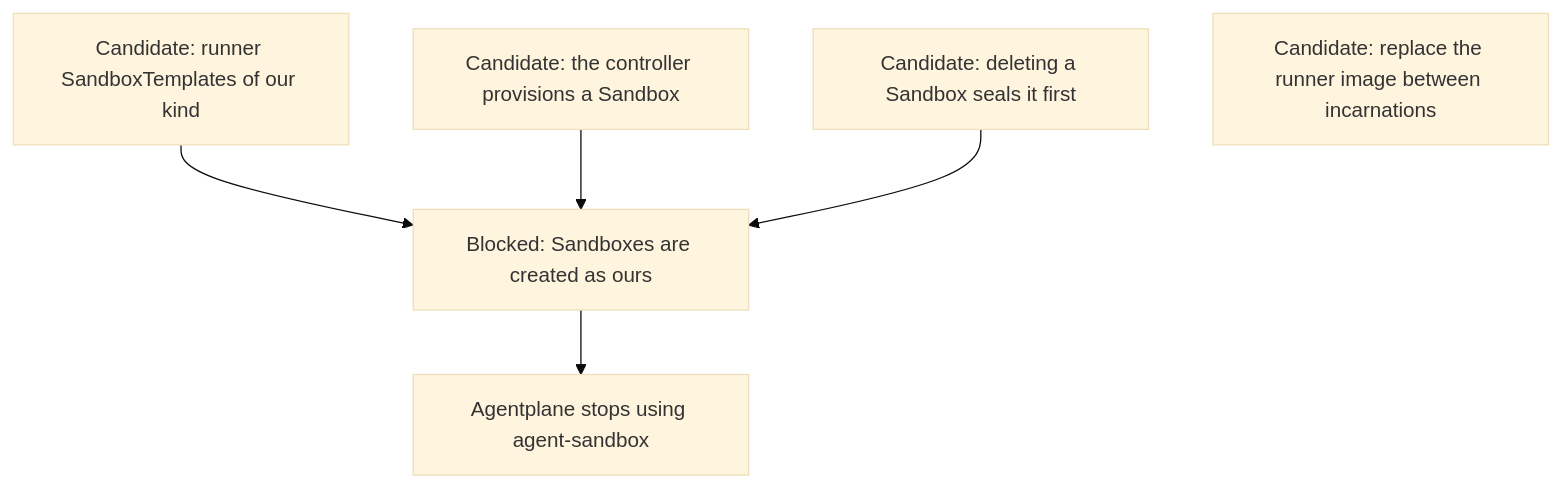
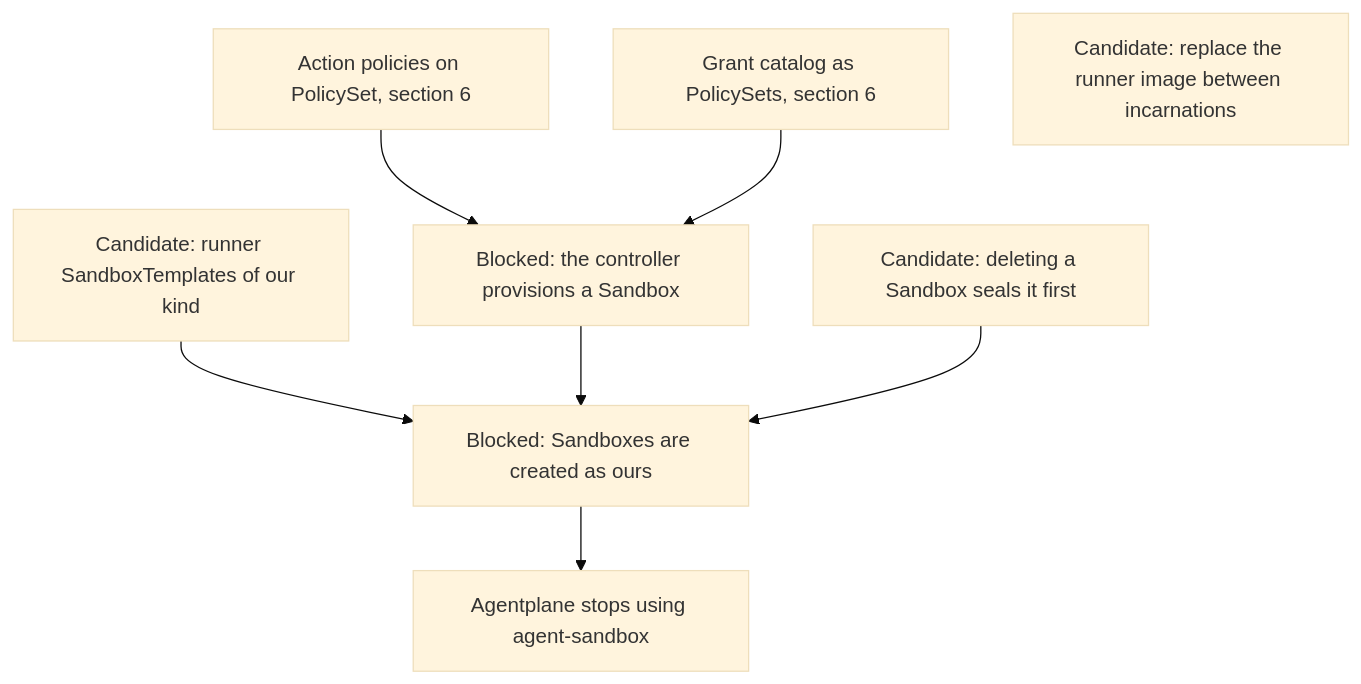
Diagram 11 of 15 in agentplane/plans/task_dag.md (agentydragon-agent/ducktape), drawn with Mermaid (base theme) before and after one commit. The commit also changed other lines of this file and 1 other file, not shown here.

````diff
--- a/agentplane/plans/task_dag.md
+++ b/agentplane/plans/task_dag.md
@@ -671,12 +669,14 @@
 ```mermaid
 flowchart TD
     SANDBOX_RUNNER_TEMPLATES[Candidate: runner SandboxTemplates of our kind]
-    SANDBOX_CONTROLLER_PROVISIONING[Candidate: the controller provisions a Sandbox]
+    SANDBOX_CONTROLLER_PROVISIONING[Blocked: the controller provisions a Sandbox]
+    ACTION_POLICY_MIGRATE[Action policies on PolicySet, section 6] --> SANDBOX_CONTROLLER_PROVISIONING
+    KUBERNETES_POLICY_SETS[Grant catalog as PolicySets, section 6] --> SANDBOX_CONTROLLER_PROVISIONING
     SANDBOX_CONTROLLER_TEARDOWN[Candidate: deleting a Sandbox seals it first]
     SANDBOX_IMAGE_REPLACE[Candidate: replace the runner image between incarnations]
     SANDBOX_CREATE_CUTOVER[Blocked: Sandboxes are created as ours]
     SANDBOX_RUNNER_TEMPLATES --> SANDBOX_CREATE_CUTOVER
     SANDBOX_CONTROLLER_PROVISIONING --> SANDBOX_CREATE_CUTOVER
     SANDBOX_CONTROLLER_TEARDOWN --> SANDBOX_CREATE_CUTOVER
     SANDBOX_CREATE_CUTOVER --> AGENT_SANDBOX_RETIRE[Agentplane stops using agent-sandbox]
 ```
````
